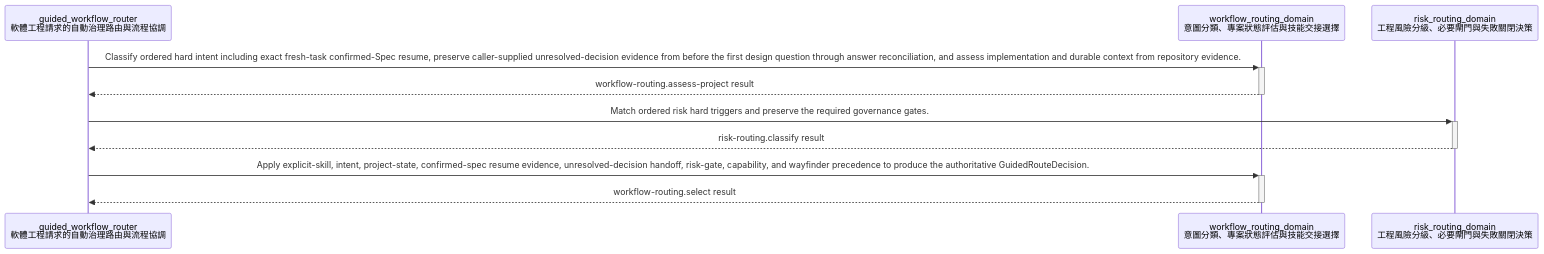
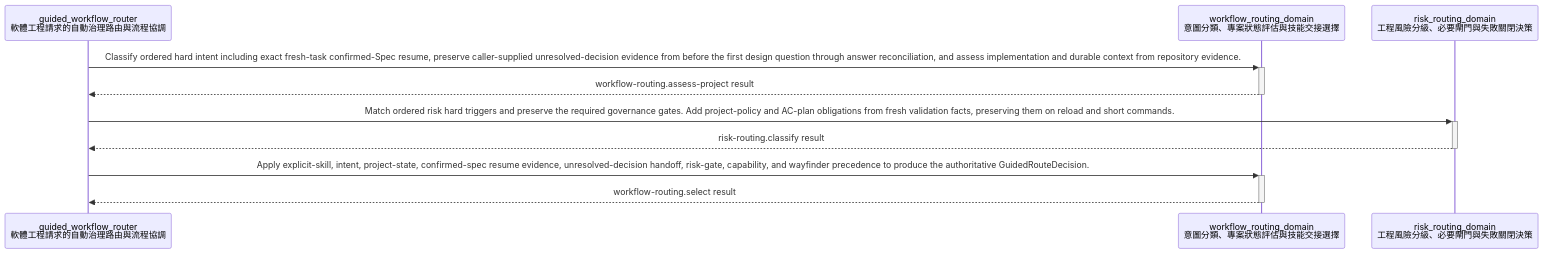
One commit to ShinWeiPeng/skills changed the second of 2 diagrams in architecture/generated/guided_workflow_router.md. Above: the diagram before and after it, drawn with Mermaid. The commit also changed other lines of this file and 49 other files, not shown here.

Commit message:
Enforce project validation requirements across governed workflows

````diff
--- a/architecture/generated/guided_workflow_router.md
+++ b/architecture/generated/guided_workflow_router.md
@@ -180,12 +180,12 @@
 ```mermaid
 sequenceDiagram
     participant n_guided_workflow_router as guided_workflow_router<br/>軟體工程請求的自動治理路由與流程協調
     participant n_workflow_routing_domain as workflow_routing_domain<br/>意圖分類、專案狀態評估與技能交接選擇
     participant n_risk_routing_domain as risk_routing_domain<br/>工程風險分級、必要閘門與失敗關閉決策
     n_guided_workflow_router->>+n_workflow_routing_domain: Classify ordered hard intent including exact fresh-task confirmed-Spec resume, preserve caller-supplied unresolved-decision evidence from before the first design question through answer reconciliation, and assess implementation and durable context from repository evidence.
     n_workflow_routing_domain-->>-n_guided_workflow_router: workflow-routing.assess-project result
-    n_guided_workflow_router->>+n_risk_routing_domain: Match ordered risk hard triggers and preserve the required governance gates.
+    n_guided_workflow_router->>+n_risk_routing_domain: Match ordered risk hard triggers and preserve the required governance gates. Add project-policy and AC-plan obligations from fresh validation facts, preserving them on reload and short commands.
     n_risk_routing_domain-->>-n_guided_workflow_router: risk-routing.classify result
     n_guided_workflow_router->>+n_workflow_routing_domain: Apply explicit-skill, intent, project-state, confirmed-spec resume evidence, unresolved-decision handoff, risk-gate, capability, and wayfinder precedence to produce the authoritative GuidedRouteDecision.
     n_workflow_routing_domain-->>-n_guided_workflow_router: workflow-routing.select result
 ```
````
